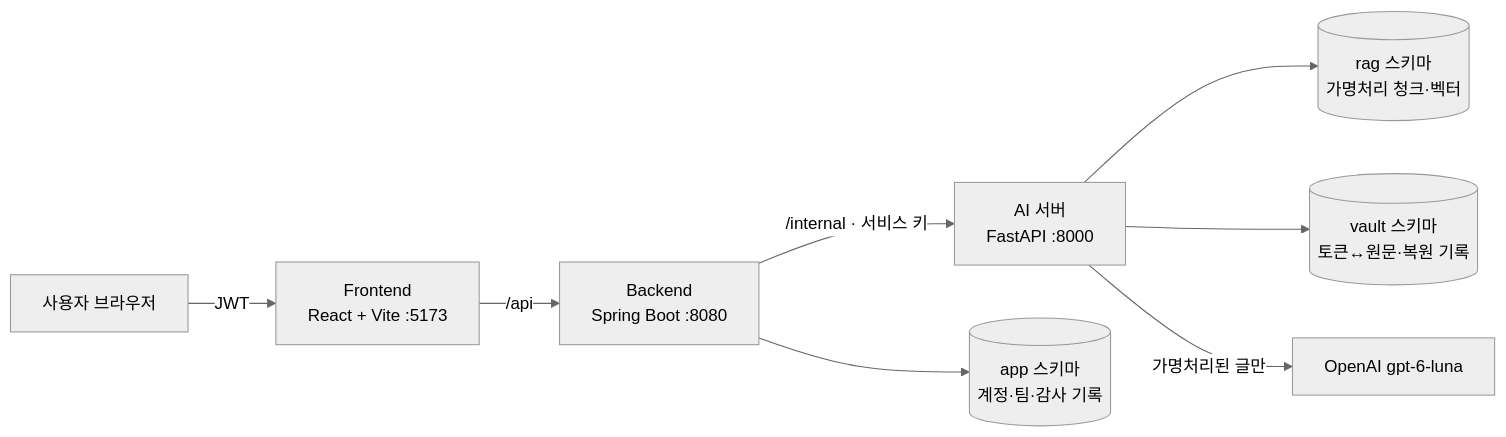
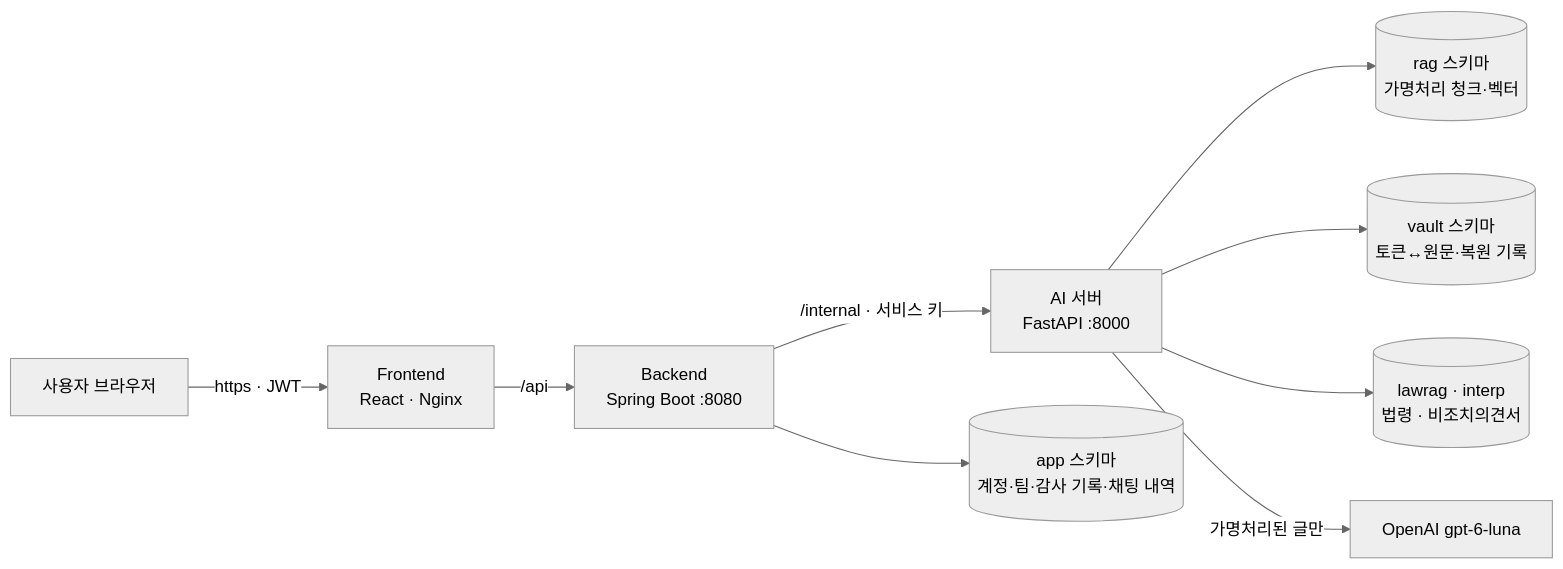
The second of 2 diagrams in README.md (BBuSang/likelion-AI-4team), drawn with Mermaid (neutral theme) before and after one commit. The commit also changed other lines of this file and 1 other file, not shown here.

````diff
--- a/README.md
+++ b/README.md
@@ -96,10 +101,11 @@
 ```mermaid
 flowchart LR
-    U[사용자 브라우저] -->|JWT| FE[Frontend<br/>React + Vite :5173]
+    U[사용자 브라우저] -->|"https · JWT"| FE[Frontend<br/>React · Nginx]
     FE -->|/api| BE[Backend<br/>Spring Boot :8080]
     BE -->|/internal · 서비스 키| AI[AI 서버<br/>FastAPI :8000]
-    BE --> APP[(app 스키마<br/>계정·팀·감사 기록)]
+    BE --> APP[(app 스키마<br/>계정·팀·감사 기록·채팅 내역)]
     AI --> RAG[(rag 스키마<br/>가명처리 청크·벡터)]
     AI --> VAULT[(vault 스키마<br/>토큰↔원문·복원 기록)]
+    AI --> PUB[(lawrag · interp<br/>법령 · 비조치의견서)]
     AI -->|가명처리된 글만| LLM[OpenAI gpt-6-luna]
 ```
````
